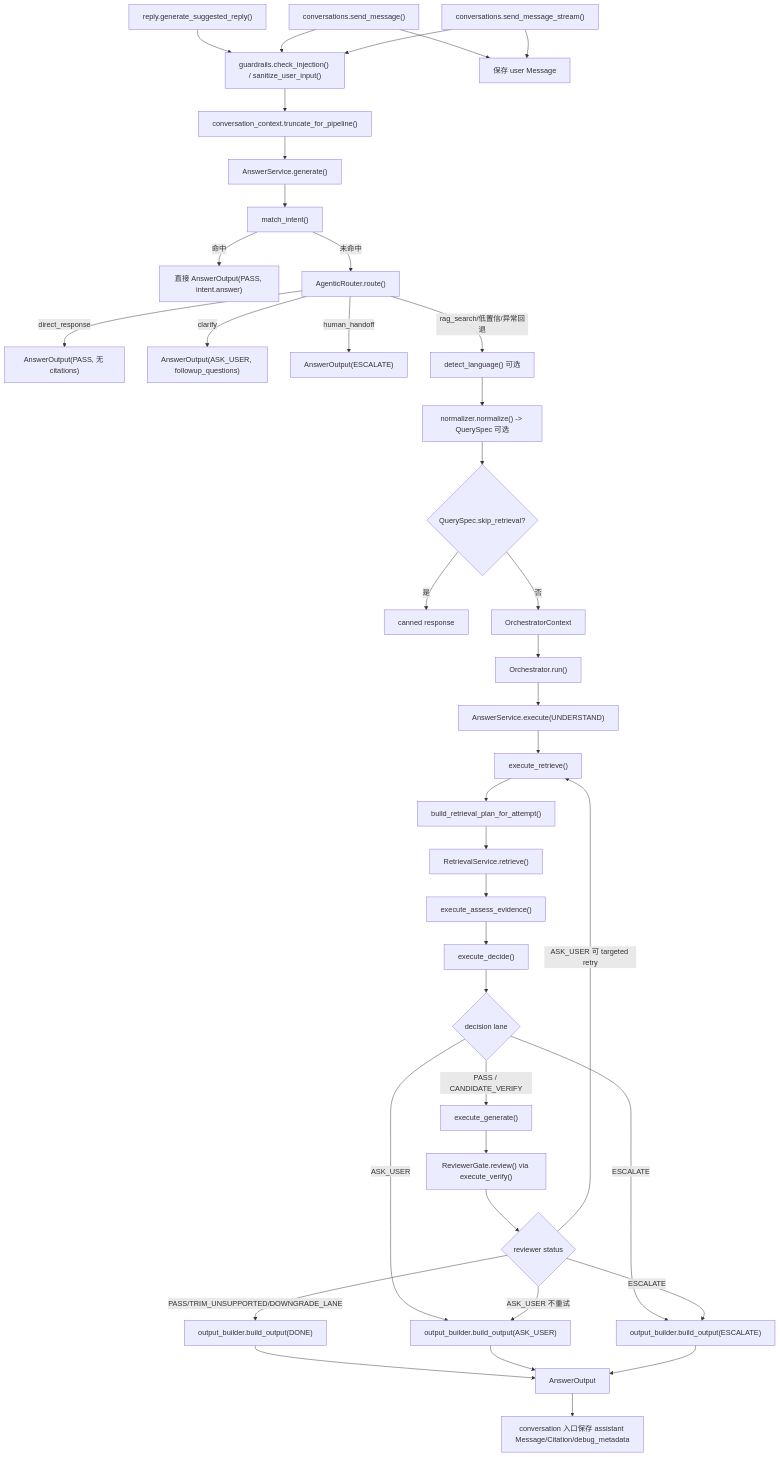
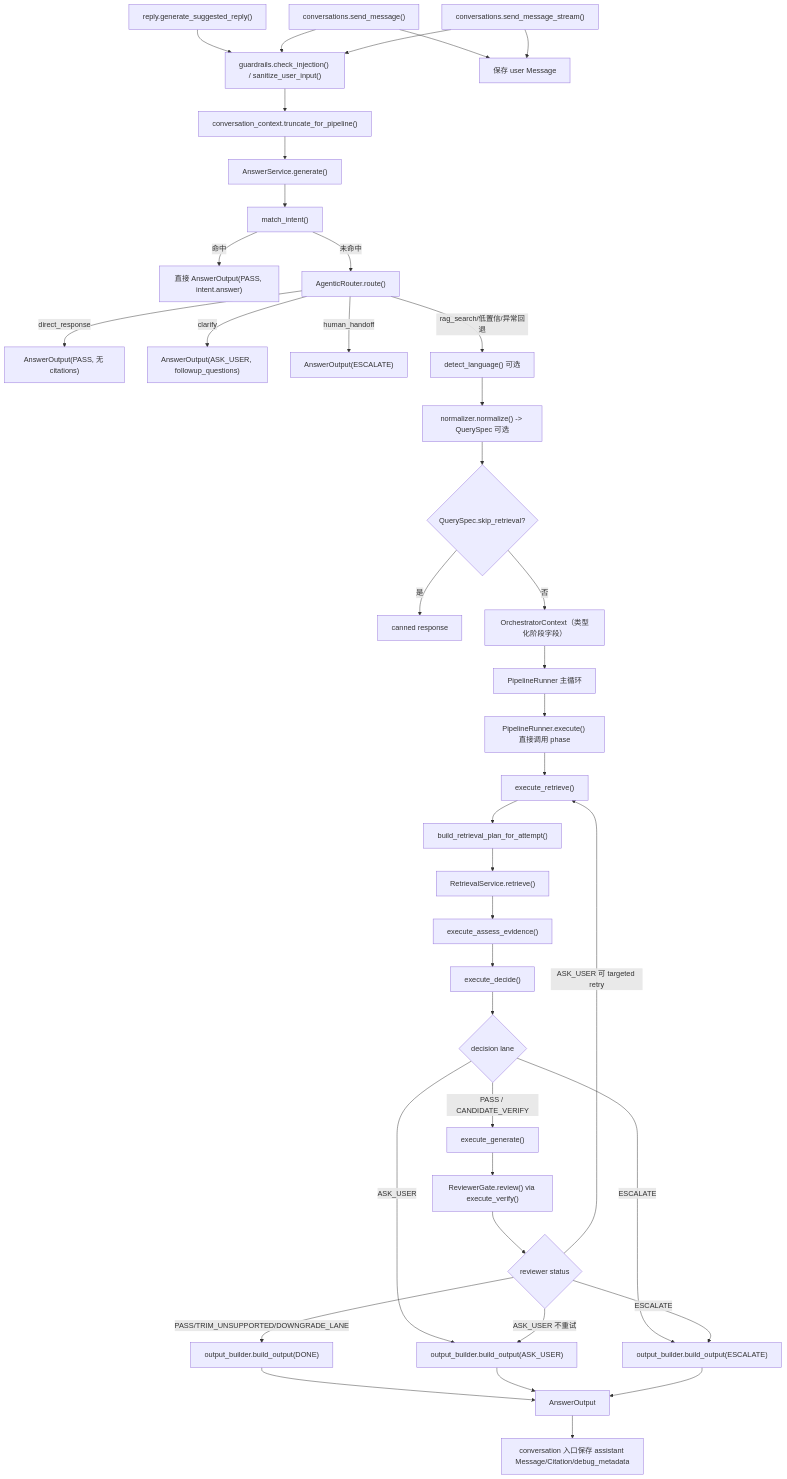
One commit to rwjxrj/RAG_Agent changed the fourth of 6 diagrams in .agent-harness/02_RAG_FLOW.md. Above: the diagram before and after it, drawn with Mermaid. The commit also changed other lines of this file and 98 other files, not shown here.

Commit message:
Refactor orchestrator pipeline and phase flow

````diff
--- a/.agent-harness/02_RAG_FLOW.md
+++ b/.agent-harness/02_RAG_FLOW.md
@@ -162,42 +162,42 @@
 ```mermaid
 flowchart TD
   A["reply.generate_suggested_reply()"] --> B["guardrails.check_injection() / sanitize_user_input()"]
   C["conversations.send_message()"] --> B
   D["conversations.send_message_stream()"] --> B
   C --> E["保存 user Message"]
   D --> E
   B --> F["conversation_context.truncate_for_pipeline()"]
   F --> G["AnswerService.generate()"]
   G --> H["match_intent()"]
   H -->|命中| I["直接 AnswerOutput(PASS, intent.answer)"]
   H -->|未命中| AR["AgenticRouter.route()"]
   AR -->|direct_response| AR1["AnswerOutput(PASS, 无 citations)"]
   AR -->|clarify| AR2["AnswerOutput(ASK_USER, followup_questions)"]
   AR -->|human_handoff| AR3["AnswerOutput(ESCALATE)"]
   AR -->|rag_search/低置信/异常回退| J["detect_language() 可选"]
   J --> K["normalizer.normalize() -> QuerySpec 可选"]
   K --> L{"QuerySpec.skip_retrieval?"}
   L -->|是| M["canned response"]
-  L -->|否| N["OrchestratorContext"]
-  N --> O["Orchestrator.run()"]
-  O --> P["AnswerService.execute(UNDERSTAND)"]
+  L -->|否| N["OrchestratorContext（类型化阶段字段）"]
+  N --> O["PipelineRunner 主循环"]
+  O --> P["PipelineRunner.execute() 直接调用 phase"]
   P --> Q["execute_retrieve()"]
   Q --> R["build_retrieval_plan_for_attempt()"]
   R --> S["RetrievalService.retrieve()"]
   S --> T["execute_assess_evidence()"]
   T --> U["execute_decide()"]
   U --> V{"decision lane"}
   V -->|PASS / CANDIDATE_VERIFY| W["execute_generate()"]
   V -->|ASK_USER| X["output_builder.build_output(ASK_USER)"]
   V -->|ESCALATE| Y["output_builder.build_output(ESCALATE)"]
   W --> Z["ReviewerGate.review() via execute_verify()"]
   Z --> AA{"reviewer status"}
   AA -->|PASS/TRIM_UNSUPPORTED/DOWNGRADE_LANE| AB["output_builder.build_output(DONE)"]
   AA -->|ESCALATE| Y
   AA -->|ASK_USER 可 targeted retry| Q
   AA -->|ASK_USER 不重试| X
   AB --> AC["AnswerOutput"]
   X --> AC
   Y --> AC
   AC --> AD["conversation 入口保存 assistant Message/Citation/debug_metadata"]
 ```
````
